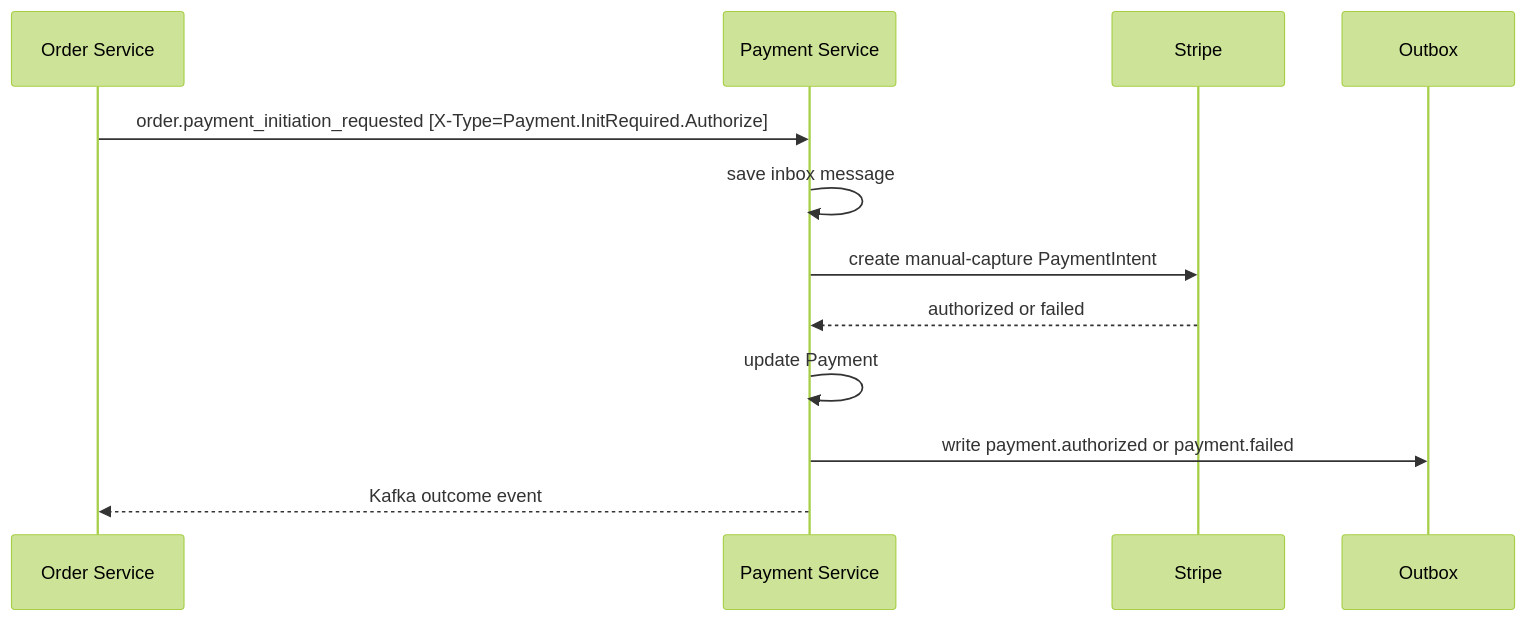
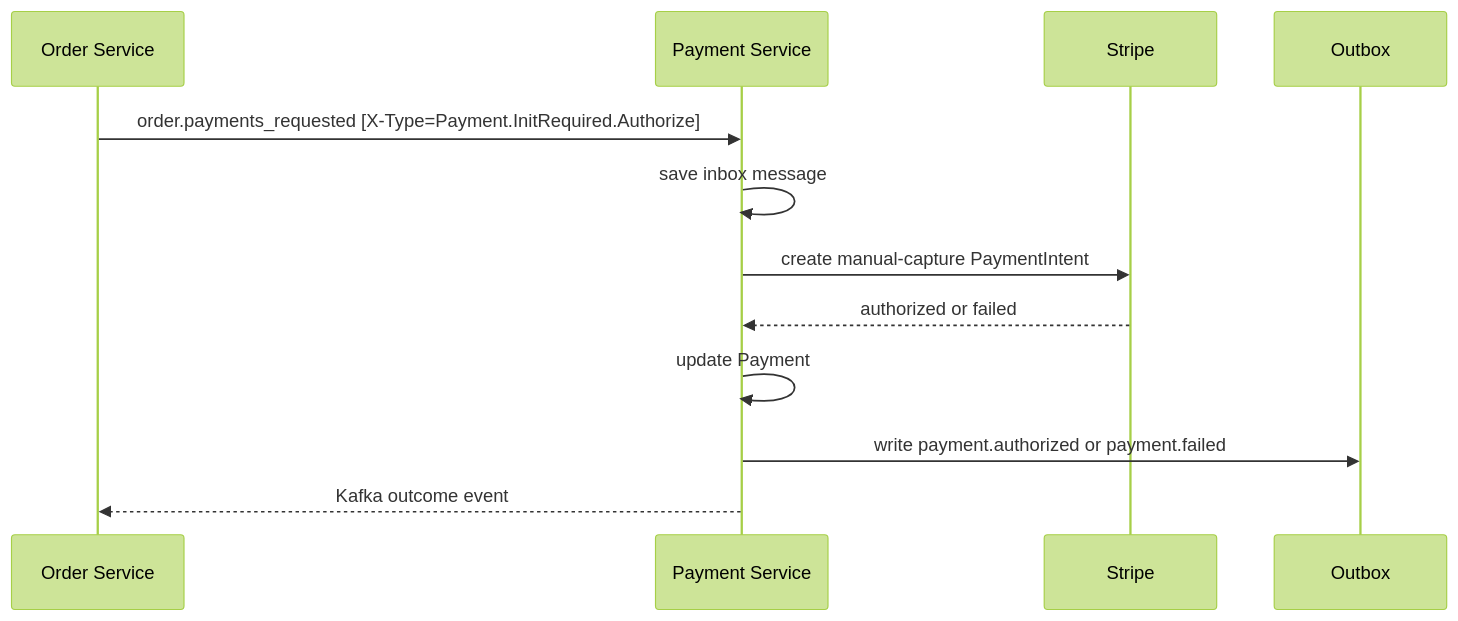
The third of 6 diagrams in services docs/payment_service.md (RallyDeals/rally-docs), drawn with Mermaid (forest theme) before and after one commit. The commit also changed other lines of this file, not shown here.

Commit message:
docs: rename payment topics for event flow

````diff
--- a/services docs/payment_service.md
+++ b/services docs/payment_service.md
@@ -587,15 +581,15 @@
 ```mermaid
 sequenceDiagram
     participant O as Order Service
     participant P as Payment Service
     participant S as Stripe
     participant X as Outbox
 
-    O->>P: order.payment_initiation_requested [X-Type=Payment.InitRequired.Authorize]
+    O->>P: order.payments_requested [X-Type=Payment.InitRequired.Authorize]
     P->>P: save inbox message
     P->>S: create manual-capture PaymentIntent
     S-->>P: authorized or failed
     P->>P: update Payment
     P->>X: write payment.authorized or payment.failed
     P-->>O: Kafka outcome event
 ```
````
